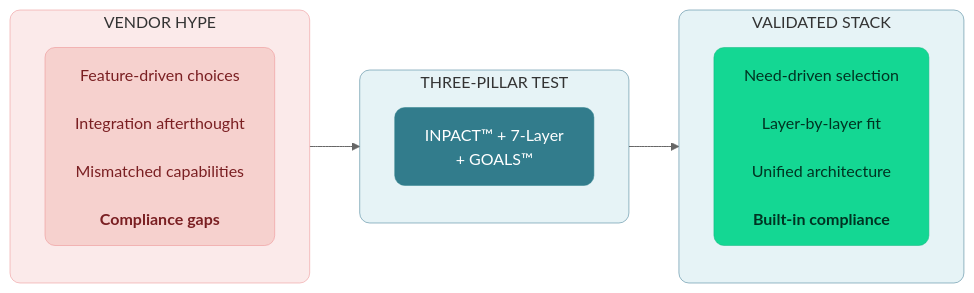
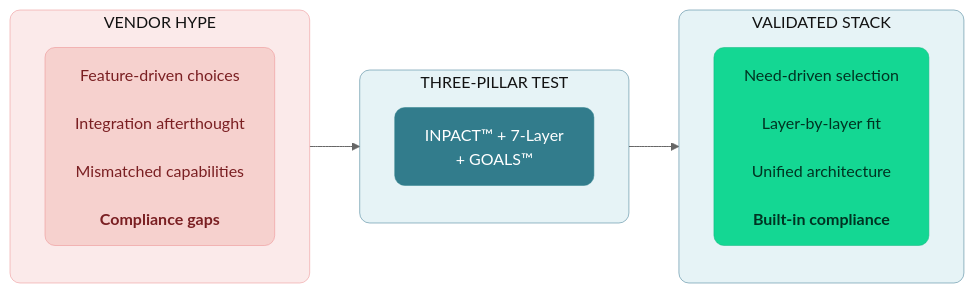
The first of 5 diagrams in manuscript/12_chapter_11_technology_selection_guide_v1_2.md (saitejesh-cyber/trust-before-intelligence-book), drawn with Mermaid (neutral theme) before and after one commit. The commit also changed other lines of this file and 12 other files, not shown here.

````diff
--- a/manuscript/12_chapter_11_technology_selection_guide_v1_2.md
+++ b/manuscript/12_chapter_11_technology_selection_guide_v1_2.md
@@ -9,28 +9,28 @@
 ```mermaid
 
  graph LR
     subgraph BEFORE["VENDOR HYPE"]
         direction TB
         B1["Feature-driven choices<br/><br/>Integration afterthought<br/><br/>Mismatched capabilities<br/><br/><b>Compliance gaps</b>"]
     end
     
     subgraph TRANSFORM["THREE-PILLAR TEST"]
         direction TB
         T1["INPACT™ + 7-Layer<br/>+ GOALS™"]
     end
     
     subgraph AFTER["VALIDATED STACK"]
         direction TB
         A1["Need-driven selection<br/><br/>Layer-by-layer fit<br/><br/>Unified architecture<br/><br/><b>Built-in compliance</b>"]
     end
     
     BEFORE --> TRANSFORM --> AFTER
     
-    style BEFORE fill:#FBEAEA,stroke:#EB898B,stroke-width:0.5px,rx:10,ry:10
+    style BEFORE fill:#FBEAEA,stroke:#EB898B,stroke-width:0.5px,color:#121212,rx:10,ry:10
     style B1 fill:#F6D1CE,stroke:#EB898B,stroke-width:0.5px,color:#7A1F22,rx:10,ry:10
-    style TRANSFORM fill:#E6F3F6,stroke:#32738C,stroke-width:0.5px,rx:10,ry:10
+    style TRANSFORM fill:#E6F3F6,stroke:#32738C,stroke-width:0.5px,color:#121212,rx:10,ry:10
     style T1 fill:#327C8C,stroke:#30838C,stroke-width:0.5px,color:#ffffff,rx:10,ry:10
-    style AFTER fill:#E6F3F6,stroke:#32738C,stroke-width:0.5px,rx:10,ry:10
+    style AFTER fill:#E6F3F6,stroke:#32738C,stroke-width:0.5px,color:#121212,rx:10,ry:10
     style A1 fill:#14D793,stroke:#0FB67D,stroke-width:0.5px,color:#003322,rx:10,ry:10
 
 ```
````
